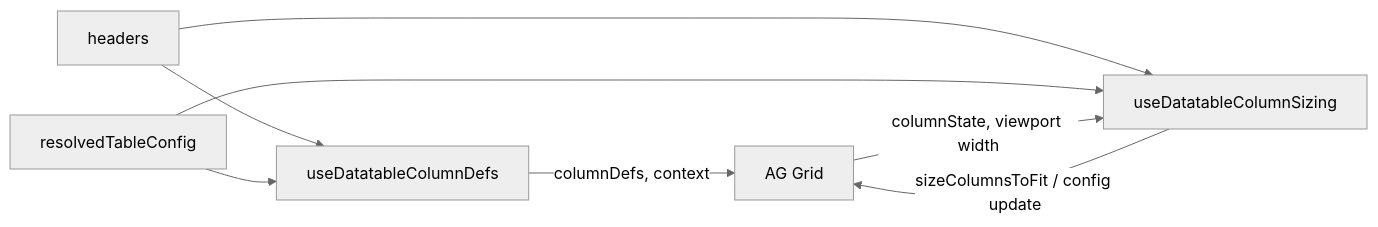
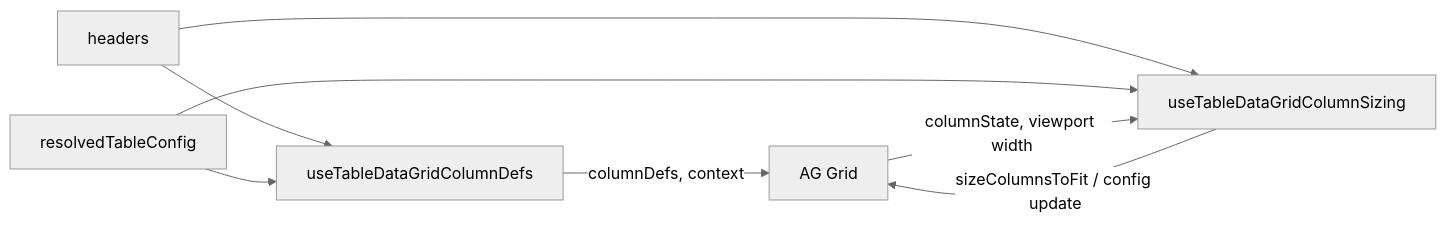
Before and after one commit to Kong/public-ui-components: the fourth of 5 diagrams in packages/core/table-data-grid/docs/architecture.md, drawn with Mermaid (neutral theme). The commit also changed other lines of this file and 34 other files, not shown here.

Commit message:
refactor(table-data-grid): clarify composable ownership

````diff
--- a/packages/core/table-data-grid/docs/architecture.md
+++ b/packages/core/table-data-grid/docs/architecture.md
@@ -169,17 +178,17 @@
 ```mermaid
 flowchart LR
   Headers["headers"]
   Config["resolvedTableConfig"]
-  Defs["useDatatableColumnDefs"]
-  Sizing["useDatatableColumnSizing"]
+  Defs["useTableDataGridColumnDefs"]
+  Sizing["useTableDataGridColumnSizing"]
   Grid["AG Grid"]
 
   Headers --> Defs
   Config --> Defs
   Defs -->|"columnDefs, context"| Grid
 
   Headers --> Sizing
   Config --> Sizing
   Grid -->|"columnState, viewport width"| Sizing
   Sizing -->|"sizeColumnsToFit / config update"| Grid
 ```
````
